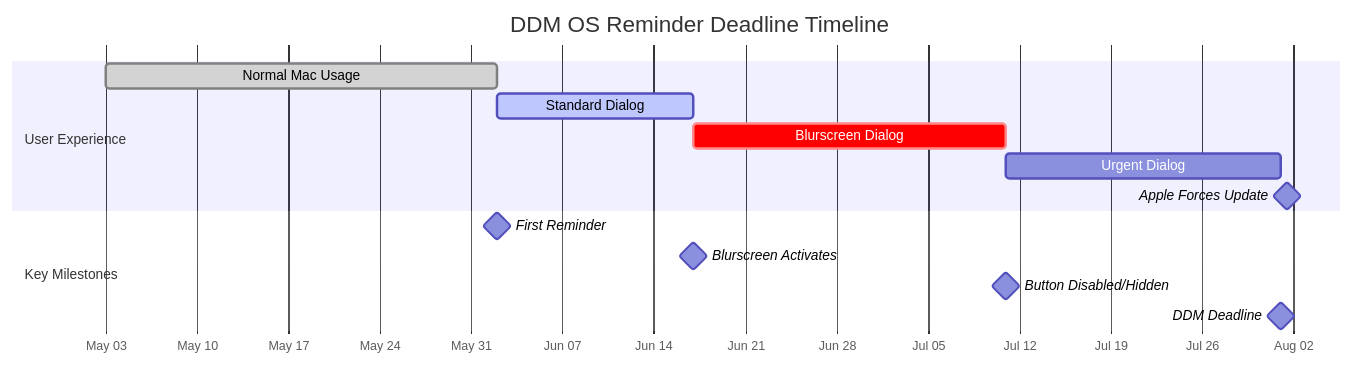
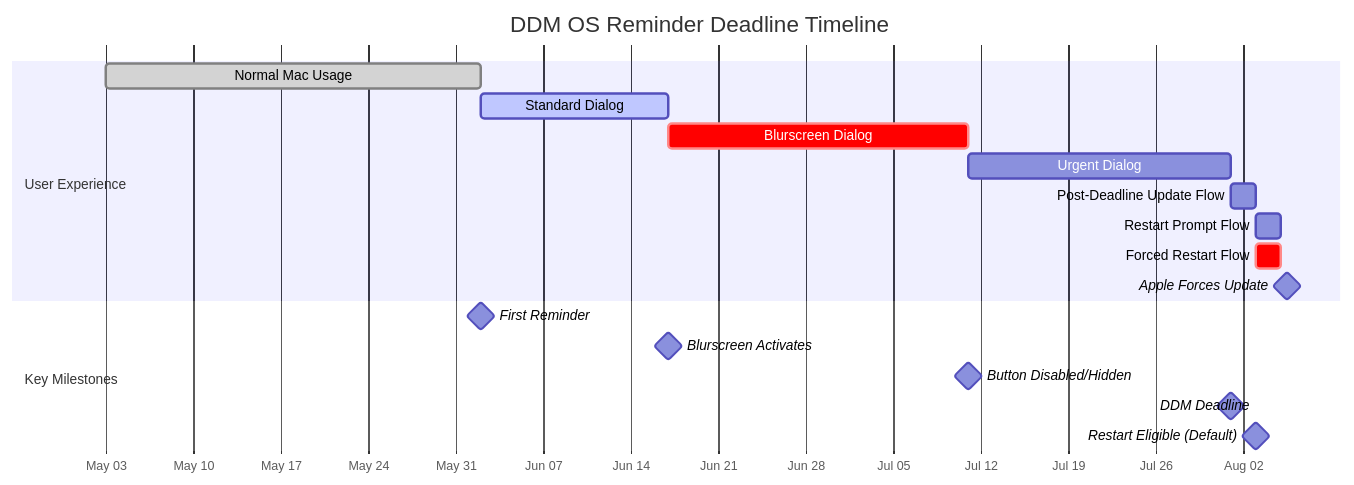
The diagram in Diagrams/03-deadline-timeline.md (dan-snelson/DDM-OS-Reminder), drawn with Mermaid before and after one commit. The commit also changed other lines of this file and 27 other files, not shown here.

````diff
--- a/Diagrams/03-deadline-timeline.md
+++ b/Diagrams/03-deadline-timeline.md
@@ -5,19 +5,23 @@
 ```mermaid
 gantt
     title DDM OS Reminder Deadline Timeline
     dateFormat YYYY-MM-DD
     axisFormat %b %d
     
     section User Experience
     Normal Mac Usage            :done, normal, 2026-05-03, 30d
     Standard Dialog             :active, standard, 2026-06-02, 15d
     Blurscreen Dialog           :crit, blur, 2026-06-17, 24d
     Urgent Dialog               :urgent, 2026-07-11, 21d
-    Apple Forces Update         :milestone, force, 2026-08-01, 1d
+    Post-Deadline Update Flow   :postupdate, 2026-08-01, 2d
+    Restart Prompt Flow         :postprompt, 2026-08-03, 2d
+    Forced Restart Flow         :crit, postforce, 2026-08-03, 2d
+    Apple Forces Update         :milestone, force, 2026-08-05, 1d
     
     section Key Milestones
     First Reminder              :milestone, m1, 2026-06-02, 0d
     Blurscreen Activates        :milestone, m2, 2026-06-17, 0d
     Button Disabled/Hidden      :milestone, m3, 2026-07-11, 0d
     DDM Deadline                :milestone, m4, 2026-08-01, 0d
+    Restart Eligible (Default)  :milestone, m5, 2026-08-03, 0d
 ```
````
